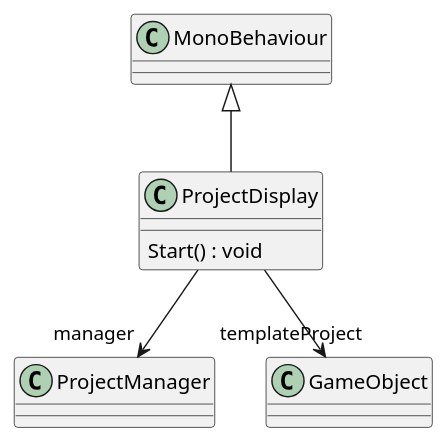
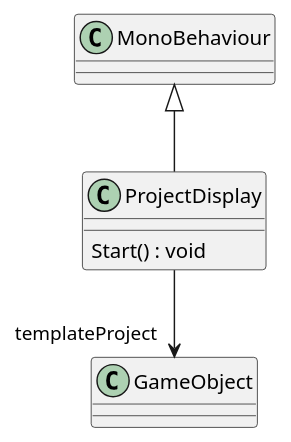
The diagram in UML/ProjectSystem/ProjectDisplay.puml (streepje8/ToolDev2023), drawn with PlantUML before and after one commit. The commit also changed 21 other files, not shown here.

Commit message:
Generate UML (Generate UML)

```diff
--- a/UML/ProjectSystem/ProjectDisplay.puml
+++ b/UML/ProjectSystem/ProjectDisplay.puml
@@ -1,8 +1,7 @@
 @startuml
 class ProjectDisplay {
     Start() : void
 }
 MonoBehaviour <|-- ProjectDisplay
-ProjectDisplay --> "manager" ProjectManager
 ProjectDisplay --> "templateProject" GameObject
 @enduml
```
